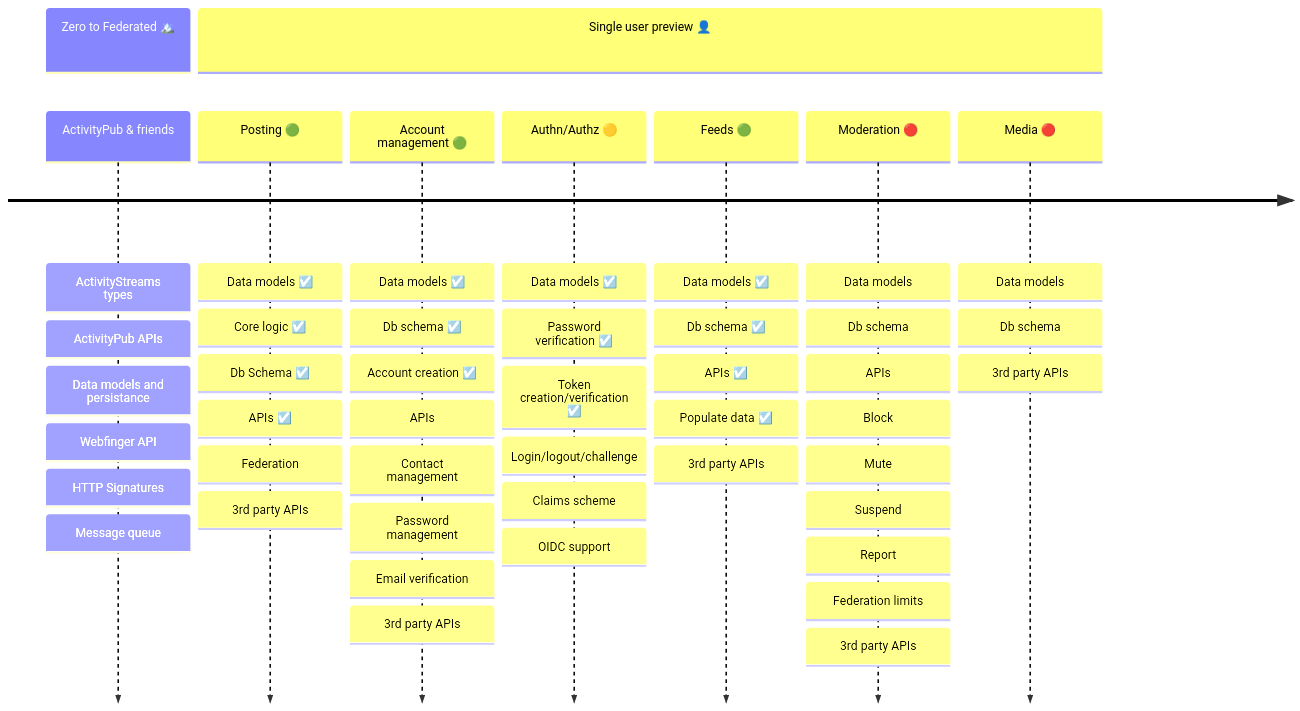
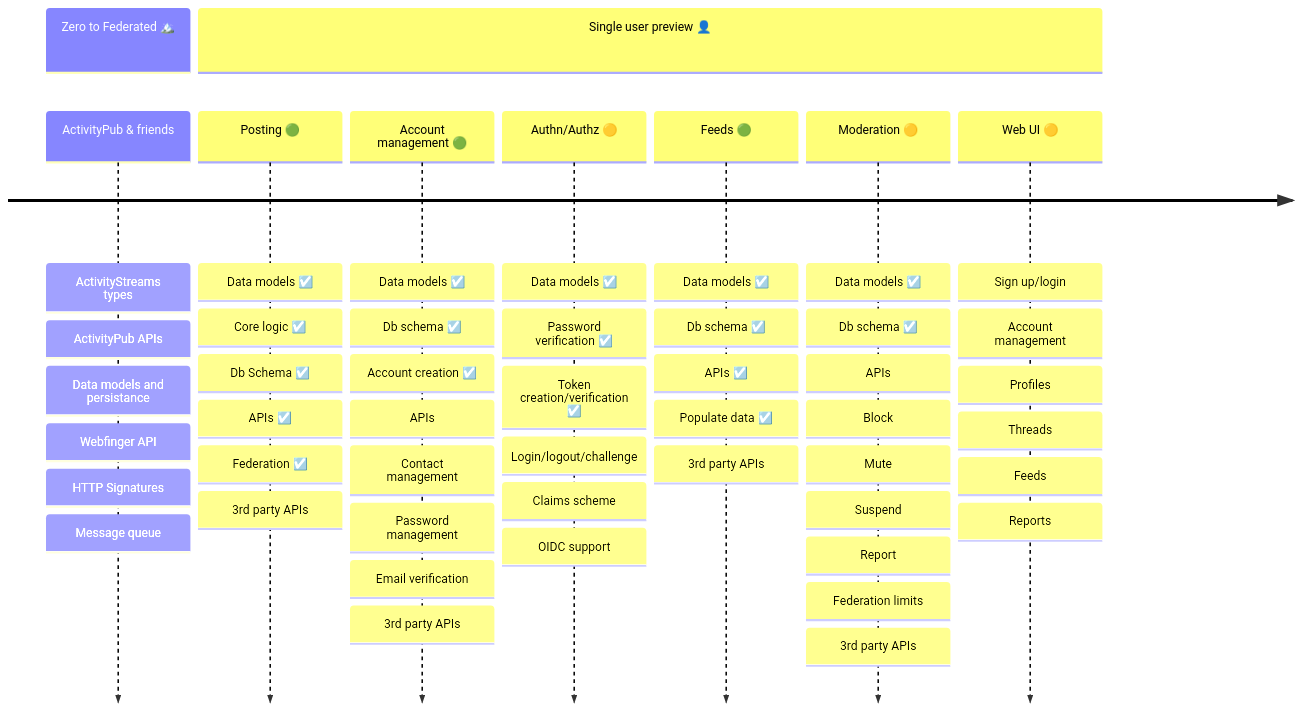
One commit to Letterbook/Letterbook changed the diagram in readme.md. Above: the diagram before and after it, drawn with Mermaid. The commit also changed other lines of this file and 1 other file, not shown here.

````diff
--- a/readme.md
+++ b/readme.md
@@ -108,13 +107,13 @@
 ```mermaid
 %%{init: { 'theme': 'default' } }%%
 timeline
     section Zero to Federated 🏔️
         ActivityPub & friends       : ActivityStreams types : ActivityPub APIs : Data models and persistance : Webfinger API : HTTP Signatures : Message queue
     section Single user preview 👤
-        Posting 🟢                  : Data models ☑️ : Core logic ☑️ : Db Schema ☑️ : APIs ☑️ : Federation : 3rd party APIs 
+        Posting 🟢                  : Data models ☑️ : Core logic ☑️ : Db Schema ☑️ : APIs ☑️ : Federation ☑️ : 3rd party APIs 
         Account management 🟢       : Data models ☑️ : Db schema ☑️ : Account creation ☑️ : APIs : Contact management : Password management : Email verification : 3rd party APIs 
         Authn/Authz 🟡              : Data models ☑️ : Password verification ☑️ : Token creation/verification ☑️ : Login/logout/challenge : Claims scheme : OIDC support 
         Feeds 🟢                    : Data models ☑️ : Db schema ☑️ : APIs ☑️ : Populate data ☑️ : 3rd party APIs 
-        Moderation 🔴               : Data models : Db schema : APIs : Block : Mute : Suspend : Report : Federation limits : 3rd party APIs 
-        Media 🔴                    : Data models : Db schema : 3rd party APIs 
+        Moderation 🟡               : Data models ☑️ : Db schema ☑️ : APIs : Block : Mute : Suspend : Report : Federation limits : 3rd party APIs
+        Web UI 🟡                   : Sign up/login : Account management : Profiles : Threads : Feeds : Reports
 ```
````
